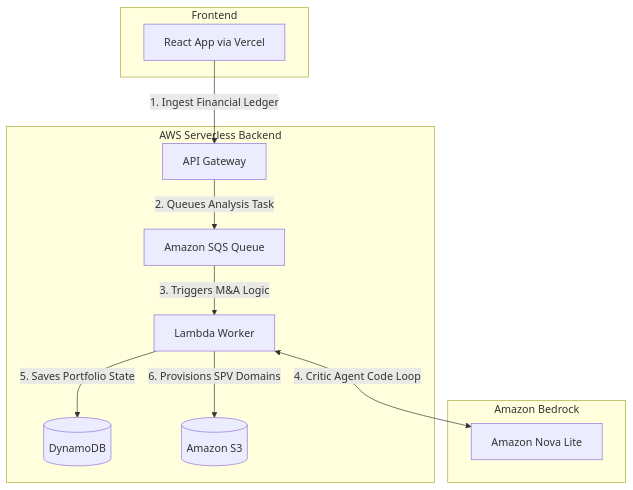
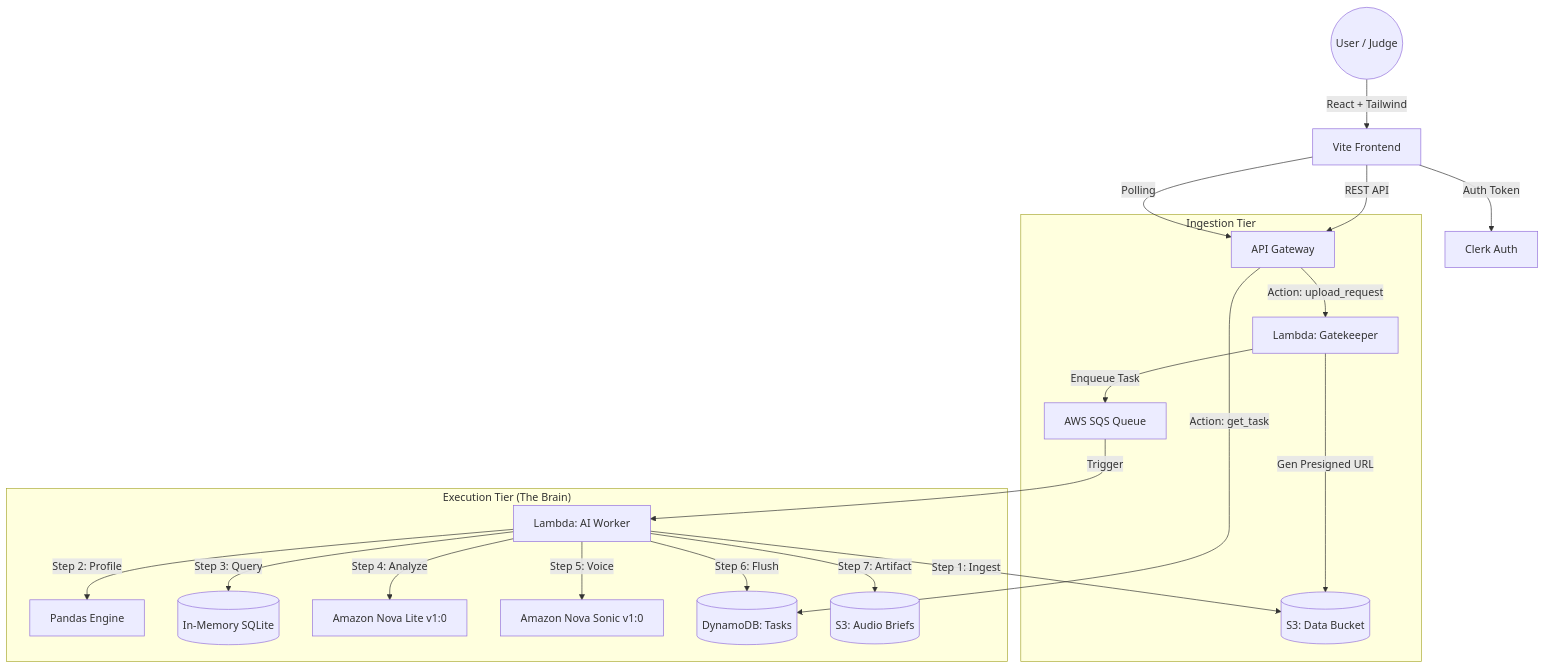
The diagram in README.md (NemesisWaVe/Vauilt-Flow), drawn with Mermaid before and after one commit.

````diff
--- a/README.md
+++ b/README.md
@@ -56,24 +56,27 @@
 ```mermaid
 graph TD
-  subgraph Frontend
-    UI[React App via Vercel]
-  end
-  subgraph AWS Serverless Backend
-    API[API Gateway]
-    SQS[Amazon SQS Queue]
-    Worker[Lambda Worker]
-    DB[(DynamoDB)]
-    Storage[(Amazon S3)]
-  end
-  subgraph Amazon Bedrock
-    Nova[Amazon Nova Lite]
-  end
+    User((User / Judge)) -->|React + Tailwind| Frontend[Vite Frontend]
+    Frontend -->|Auth Token| Clerk[Clerk Auth]
+    Frontend -->|REST API| APIGW[API Gateway]
+    
+    subgraph "Ingestion Tier"
+        APIGW -->|Action: upload_request| Gatekeeper[Lambda: Gatekeeper]
+        Gatekeeper -->|Gen Presigned URL| S3_Data[(S3: Data Bucket)]
+        Gatekeeper -->|Enqueue Task| SQS[AWS SQS Queue]
+    end
 
-  UI -->|1. Ingest Financial Ledger| API
-  API -->|2. Queues Analysis Task| SQS
-  SQS -->|3. Triggers M&A Logic| Worker
-  Worker <-->|4. Critic Agent Code Loop| Nova
-  Worker -->|5. Saves Portfolio State| DB
-  Worker -->|6. Provisions SPV Domains| Storage
+    subgraph "Execution Tier (The Brain)"
+        SQS -->|Trigger| Worker[Lambda: AI Worker]
+        Worker -->|Step 1: Ingest| S3_Data
+        Worker -->|Step 2: Profile| Pandas[Pandas Engine]
+        Worker -->|Step 3: Query| SQLite[(In-Memory SQLite)]
+        Worker -->|Step 4: Analyze| Bedrock_Nova[Amazon Nova Lite v1:0]
+        Worker -->|Step 5: Voice| Bedrock_Sonic[Amazon Nova Sonic v1:0]
+        Worker -->|Step 6: Flush| DDB[(DynamoDB: Tasks)]
+        Worker -->|Step 7: Artifact| S3_Artifacts[(S3: Audio Briefs)]
+    end
+
+    Frontend -->|Polling| APIGW
+    APIGW -->|Action: get_task| DDB
 
 ```
````
